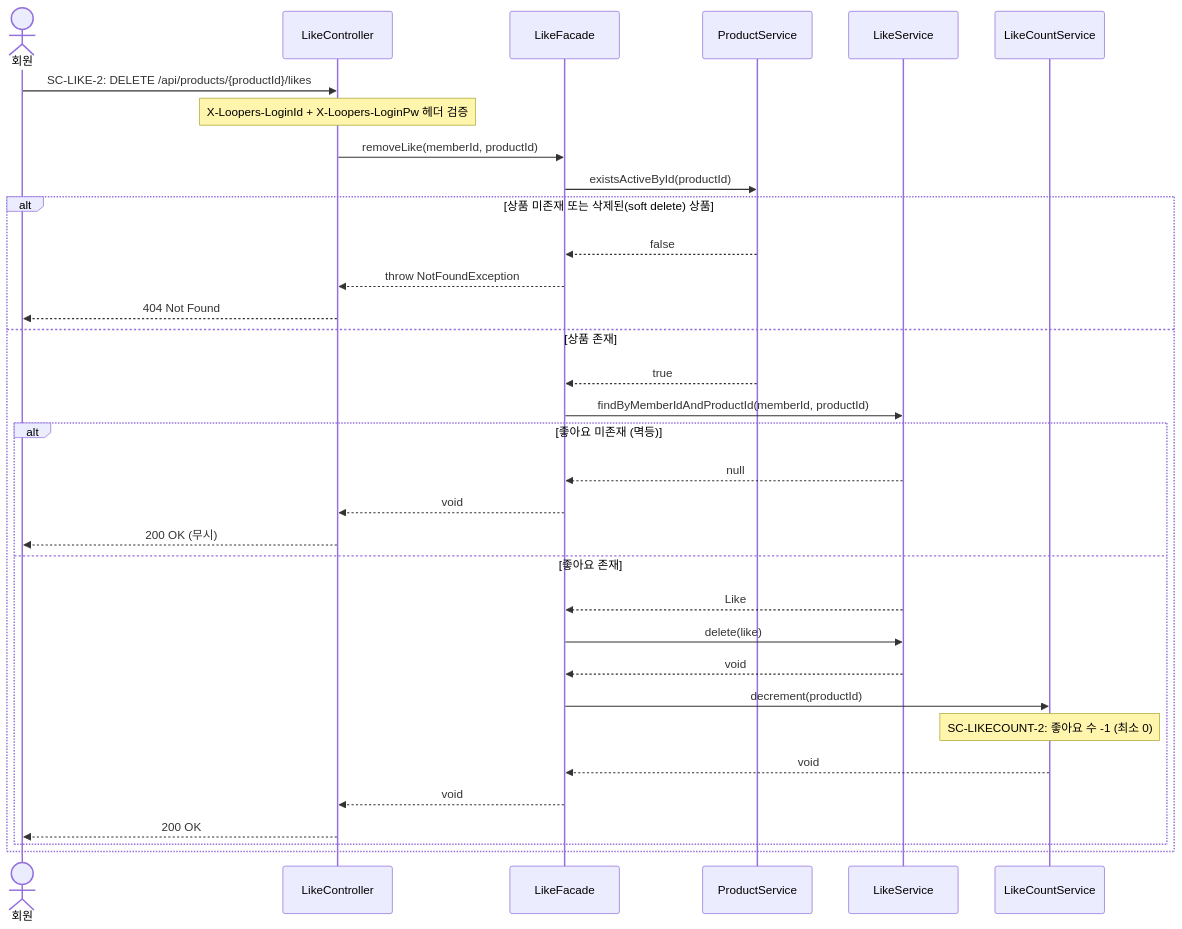
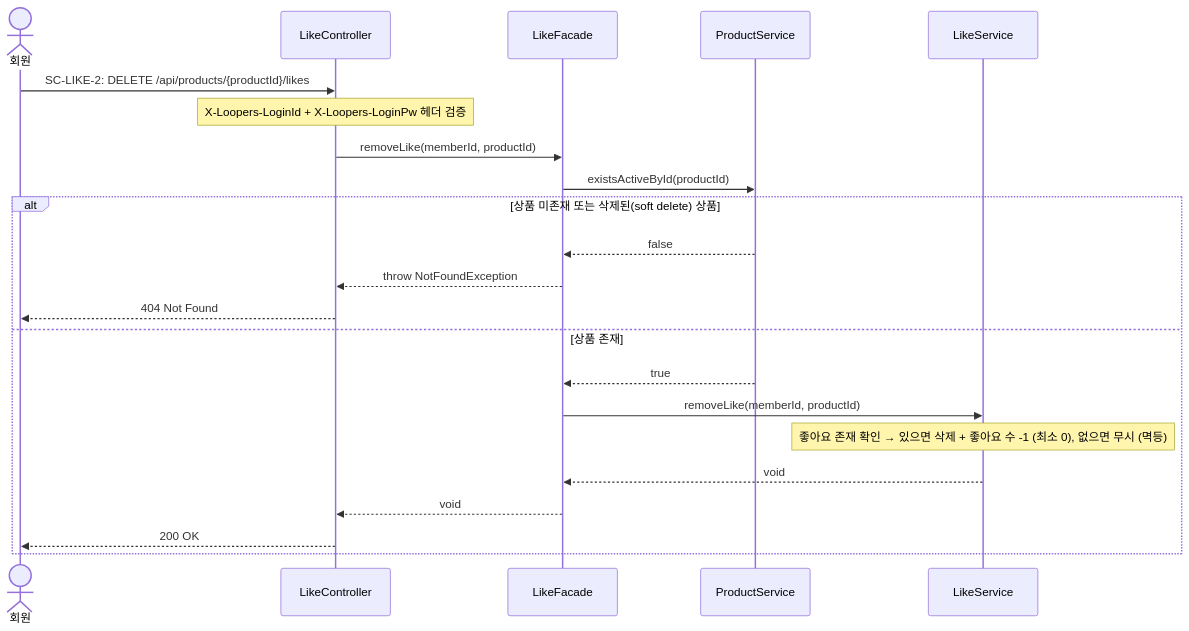
One commit to loopers-labs/loop-pack-be-l2-vol4-kotlin changed diagram 26 of 38 in docs/02-sequence-diagrams.md. Above: the diagram before and after it, drawn with Mermaid. The commit also changed other lines of this file and 3 other files, not shown here.

````diff
--- a/docs/02-sequence-diagrams.md
+++ b/docs/02-sequence-diagrams.md
@@ -796,38 +776,27 @@
 ```mermaid
 sequenceDiagram
     actor Member as 회원
     participant Controller as LikeController
     participant Facade as LikeFacade
     participant ProductService as ProductService
     participant LikeService as LikeService
-    participant LikeCountService as LikeCountService
 
     Member->>Controller: SC-LIKE-2: DELETE /api/products/{productId}/likes
     Note over Controller: X-Loopers-LoginId + X-Loopers-LoginPw 헤더 검증
 
     Controller->>Facade: removeLike(memberId, productId)
     Facade->>ProductService: existsActiveById(productId)
 
     alt 상품 미존재 또는 삭제된(soft delete) 상품
         ProductService-->>Facade: false
         Facade-->>Controller: throw NotFoundException
         Controller-->>Member: 404 Not Found
     else 상품 존재
         ProductService-->>Facade: true
-        Facade->>LikeService: findByMemberIdAndProductId(memberId, productId)
-        alt 좋아요 미존재 (멱등)
-            LikeService-->>Facade: null
-            Facade-->>Controller: void
-            Controller-->>Member: 200 OK (무시)
-        else 좋아요 존재
-            LikeService-->>Facade: Like
-            Facade->>LikeService: delete(like)
-            LikeService-->>Facade: void
-            Facade->>LikeCountService: decrement(productId)
-            Note over LikeCountService: SC-LIKECOUNT-2: 좋아요 수 -1 (최소 0)
-            LikeCountService-->>Facade: void
-            Facade-->>Controller: void
-            Controller-->>Member: 200 OK
-        end
+        Facade->>LikeService: removeLike(memberId, productId)
+        Note over LikeService: 좋아요 존재 확인 → 있으면 삭제 + 좋아요 수 -1 (최소 0), 없으면 무시 (멱등)
+        LikeService-->>Facade: void
+        Facade-->>Controller: void
+        Controller-->>Member: 200 OK
     end
 ```
````
